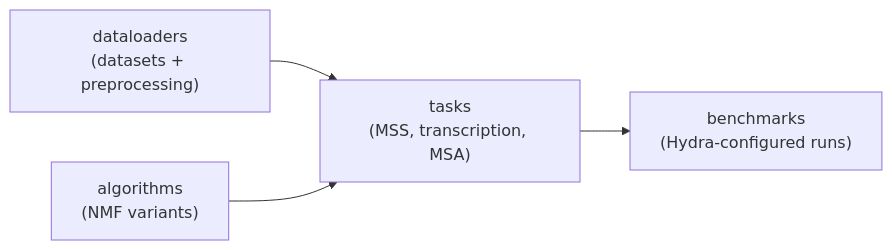
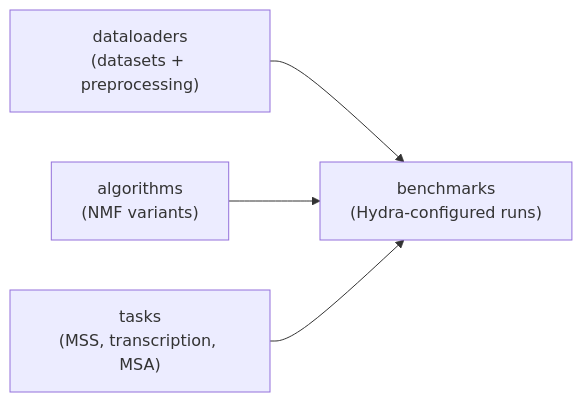
One commit to ax-le/ax-le.github.io changed the diagram in _projects/nmf_audio_benchmark.md. Above: the diagram before and after it, drawn with Mermaid. The commit also changed other lines of this file and 10 other files, not shown here.

````diff
--- a/_projects/nmf_audio_benchmark.md
+++ b/_projects/nmf_audio_benchmark.md
@@ -98,6 +94,6 @@
 ```mermaid
 graph LR
-  Data["dataloaders<br/>(datasets + preprocessing)"] --> Tasks["tasks<br/>(MSS, transcription, MSA)"]
-  Algo["algorithms<br/>(NMF variants)"] --> Tasks
-  Tasks --> Bench["benchmarks<br/>(Hydra-configured runs)"]
+  Data["dataloaders<br/>(datasets + preprocessing)"] --> Bench["benchmarks<br/>(Hydra-configured runs)"]
+  Algo["algorithms<br/>(NMF variants)"] --> Bench
+  Tasks["tasks<br/>(MSS, transcription, MSA)"] --> Bench
 ```
````
